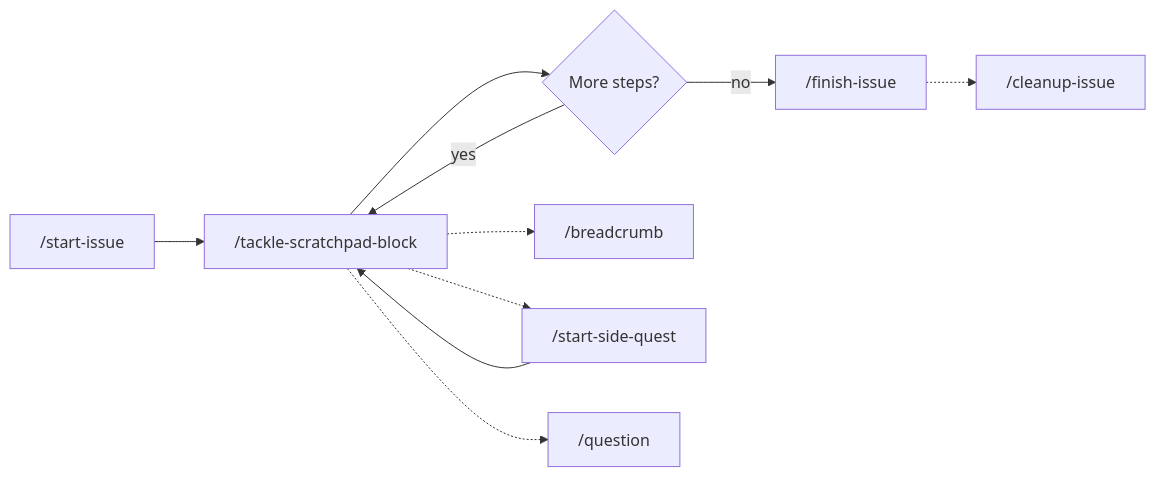
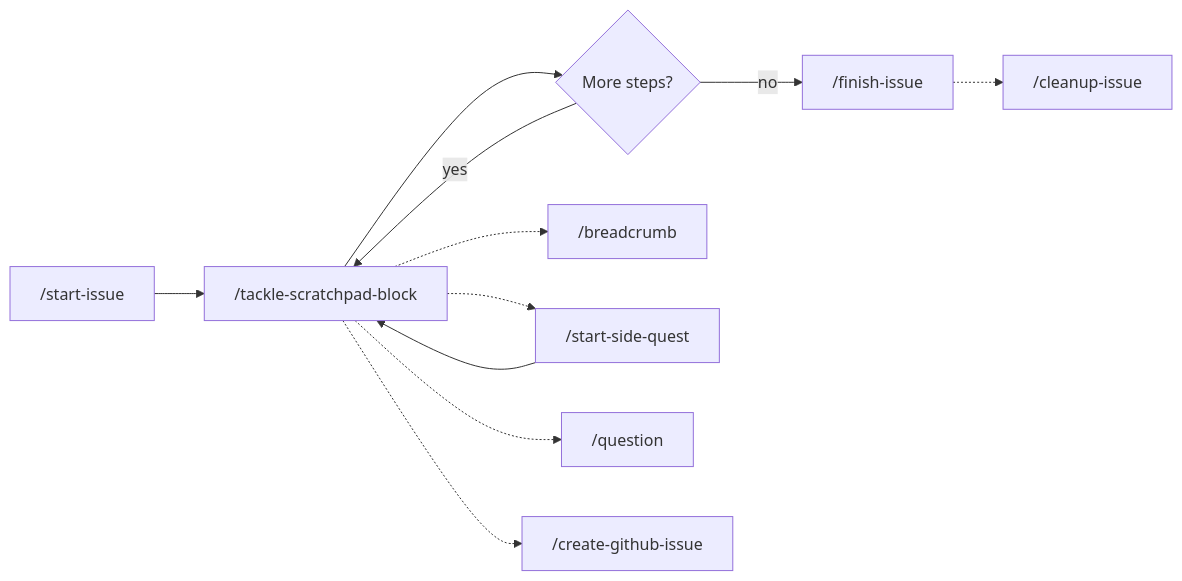
The diagram in README.md (couimet/my-claude-skills), drawn with Mermaid before and after one commit. The commit also changed other lines of this file, not shown here.

First line of the commit message:
[docs] Add /create-github-issue to See It In Action section

````diff
--- a/README.md
+++ b/README.md
@@ -128,12 +128,13 @@
 ```mermaid
 graph LR
     A["/start-issue"] --> B["/tackle-scratchpad-block"]
     B --> C{More steps?}
     C -- yes --> B
     C -- no --> D["/finish-issue"]
     B -.-> E["/breadcrumb"]
     B -.-> F["/start-side-quest"]
     B -.-> G["/question"]
+    B -.-> I["/create-github-issue"]
     F --> B
     D -.-> H["/cleanup-issue"]
 ```
````
